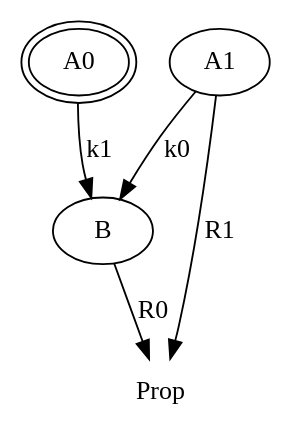
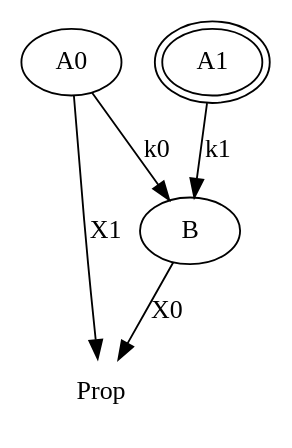
One commit to Tuplanolla/dez changed the diagram in unification/absorb_l.dot. Above: the diagram before and after it, drawn with Graphviz. The commit also changed 33 other files, not shown here.

```diff
--- a/unification/absorb_l.dot
+++ b/unification/absorb_l.dot
@@ -1,17 +1,17 @@
 digraph absorb_l {
-  node [peripheries = 2]
-
-  T1 [label = "A0"]
-
   node [peripheries = 1]
 
   T0 [label = "B"]
-  T2 [label = "A1"]
+  T2 [label = "A0"]
+
+  node [peripheries = 2]
+
+  T1 [label = "A1"]
 
   node [peripheries = 0]
 
-  T0 -> Prop [label = "R0"]
+  T0 -> Prop [label = "X0"]
   T1 -> T0 [label = "k1"]
-  T2 -> Prop [label = "R1"]
+  T2 -> Prop [label = "X1"]
   T2 -> T0 [label = "k0"]
 }
```
